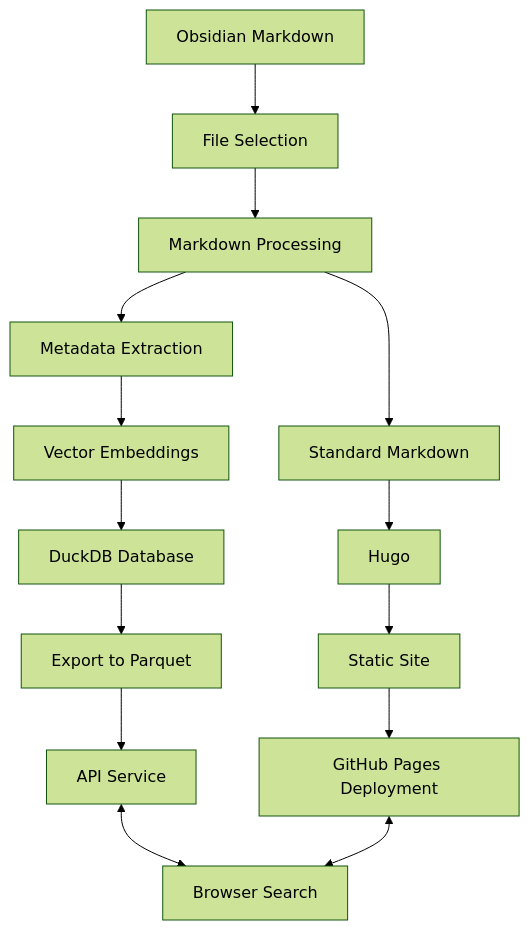
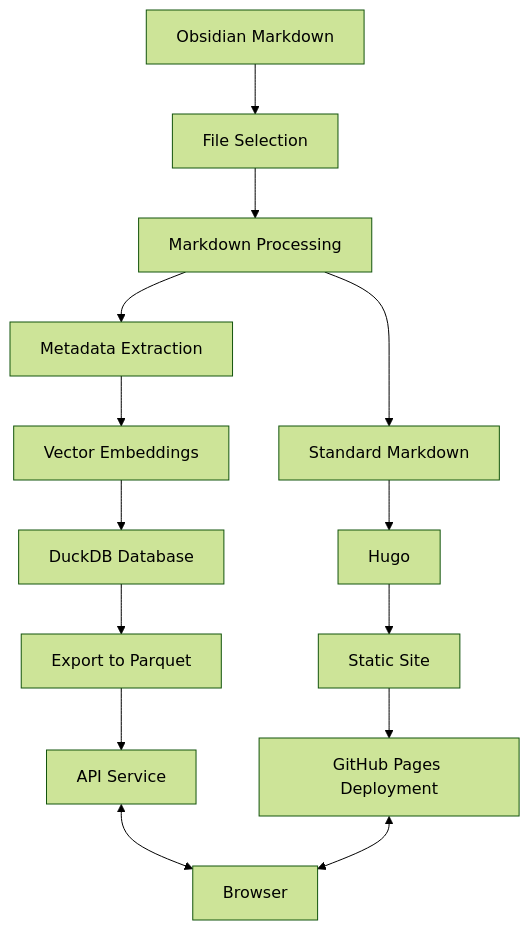
The diagram in docs/data-flow/pipeline.md (dwarvesf/memo.d.foundation), drawn with Mermaid (forest theme) before and after one commit.

Commit message:
chore: rename to browser

````diff
--- a/docs/data-flow/pipeline.md
+++ b/docs/data-flow/pipeline.md
@@ -9,16 +9,16 @@
 ```mermaid
 graph TD
     A[Obsidian Markdown] --> B[File Selection]
     B --> C[Markdown Processing]
     C --> D[Standard Markdown]
     C --> E[Metadata Extraction]
     E --> F[Vector Embeddings]
     F --> G[DuckDB Database]
     D --> H[Hugo]
     G --> I[Export to Parquet]
     I --> J[API Service]
     H --> K[Static Site]
     K --> L[GitHub Pages Deployment]
-    J <--> M[Browser Search]
+    J <--> M[Browser]
     L <--> M
 ```
````
